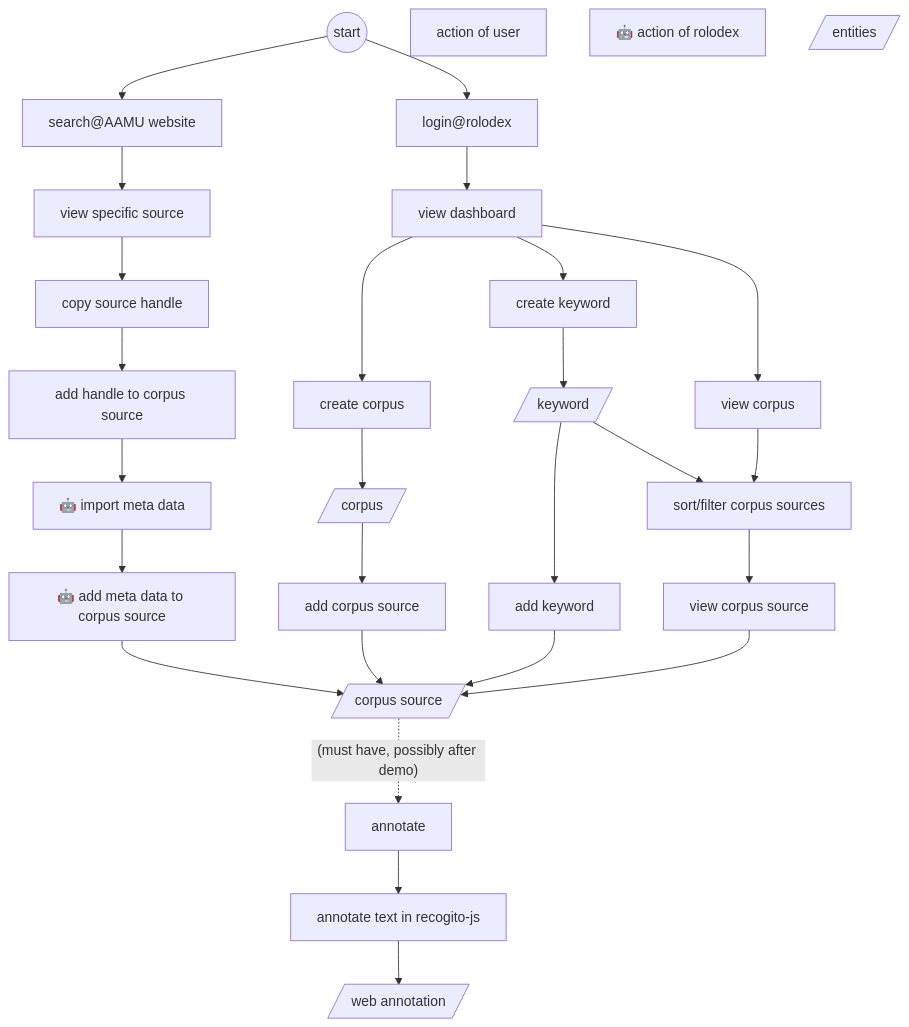
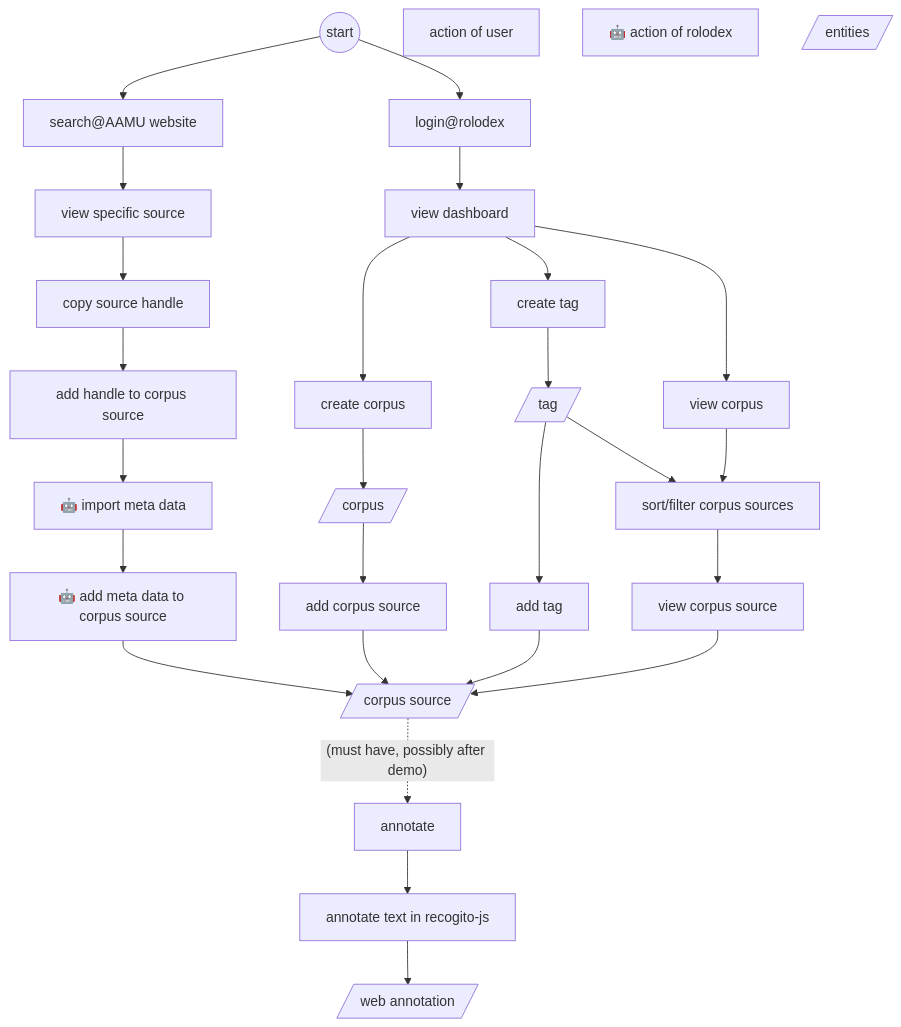
Before and after one commit to knaw-huc/Dexter: the diagram in README.md, drawn with Mermaid. The commit also changed 4 other files, not shown here.

````diff
--- a/README.md
+++ b/README.md
@@ -63,43 +63,43 @@
 ```mermaid  
 graph TD
     START((start))
 
     AU[action of user]
     AR["🤖 action of rolodex"]
     EN[/entities/]
     
     START --> LOGIN["login@rolodex"]
     LOGIN --> HOME[view dashboard]
     
     START --> SEARCH["search@AAMU website"]
     SEARCH --> VIEWITEM[view specific source]
     VIEWITEM --> COPYHANDLER[copy source handle]
     COPYHANDLER --> ADDHANDLER[add handle to corpus source]
     ADDHANDLER --> IMPORTHANDLER["🤖 import meta data"]
     IMPORTHANDLER --> ADDMETADATA["🤖 add meta data to corpus source"]
     ADDMETADATA --> VCI[/corpus source/]
     
     %% corpus sources:
     HOME --> CVC[create corpus]
     CVC --> VC[/corpus/]
     
     VC --> AVC[add corpus source]
     AVC --> VCI
     
-    %% keyword:
-    HOME --> CKEYWORD[create keyword]
-    CKEYWORD --> KEYWORD[/keyword/]
-    KEYWORD --> AKEYWORD[add keyword]
-    AKEYWORD --> VCI
+    %% tag:
+    HOME --> CTAG[create tag]
+    CTAG --> TAG[/tag/]
+    TAG --> ATAG[add tag]
+    ATAG --> VCI
     
-    KEYWORD-->SORTVC
+    TAG-->SORTVC
     
     HOME --> VIEWVC[view corpus]
     VIEWVC --> SORTVC[sort/filter corpus sources]
     SORTVC --> VIEWVCI[view corpus source]
     VIEWVCI --> VCI
     
     VCI -.-> |"(must have, possibly after demo)"|ANN[annotate]
     ANN --> ANNT[annotate text in recogito-js]
     ANNT --> WANN[/web annotation/]
 ```
````
